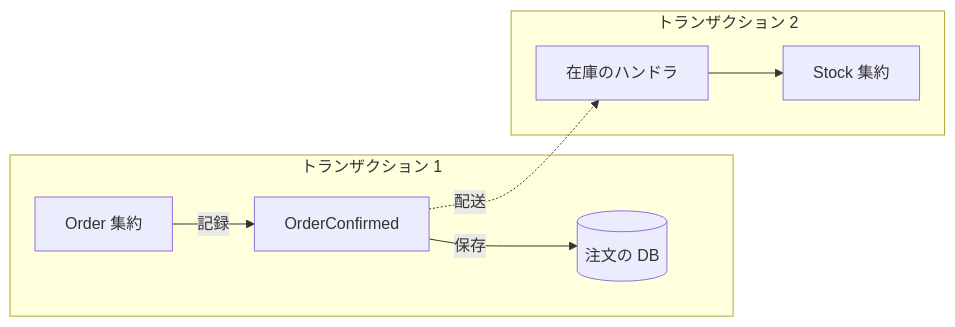
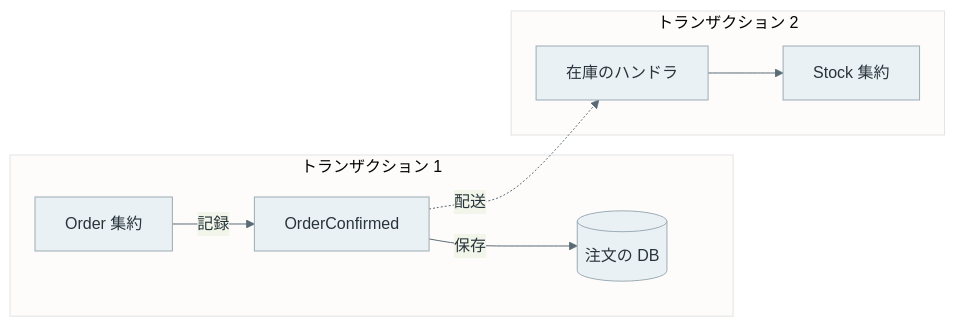
The first of 2 diagrams in content/notes/software-architecture/domain-event/index.md (nao1215/debimate), drawn with Mermaid before and after one commit. The commit also changed other lines of this file and 55 other files, not shown here.

First line of the commit message:
style(notes): apply the wallet note's mermaid palette to all diagrams

````diff
--- a/content/notes/software-architecture/domain-event/index.md
+++ b/content/notes/software-architecture/domain-event/index.md
@@ -18,11 +18,13 @@
 ```mermaid
+%%{init: {"theme":"base","themeVariables":{"primaryColor":"#eaf1f5","primaryTextColor":"#28343b","primaryBorderColor":"#9cabb5","lineColor":"#596b76","textColor":"#28343b","actorBkg":"#eaf1f5","actorBorder":"#9cabb5","actorTextColor":"#28343b","actorLineColor":"#9cabb5","signalColor":"#596b76","signalTextColor":"#28343b","noteBkgColor":"#f7f1e5","noteBorderColor":"#c5b99b","noteTextColor":"#403c32","activationBkgColor":"#edf3ef","activationBorderColor":"#9aafa1"}}}%%
 flowchart LR
     subgraph T1["トランザクション 1"]
         A["Order 集約"] -- 記録 --> E["OrderConfirmed"]
         E -- 保存 --> DB[("注文の DB")]
     end
     subgraph T2["トランザクション 2"]
         H["在庫のハンドラ"] --> S["Stock 集約"]
     end
     E -. 配送 .-> H
+    classDef default fill:#eaf1f5,stroke:#9cabb5,color:#28343b;
 ```
````
